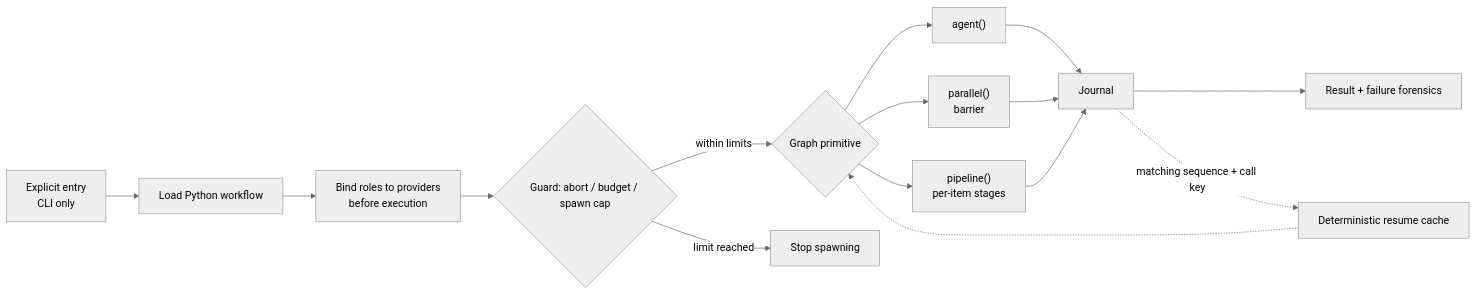
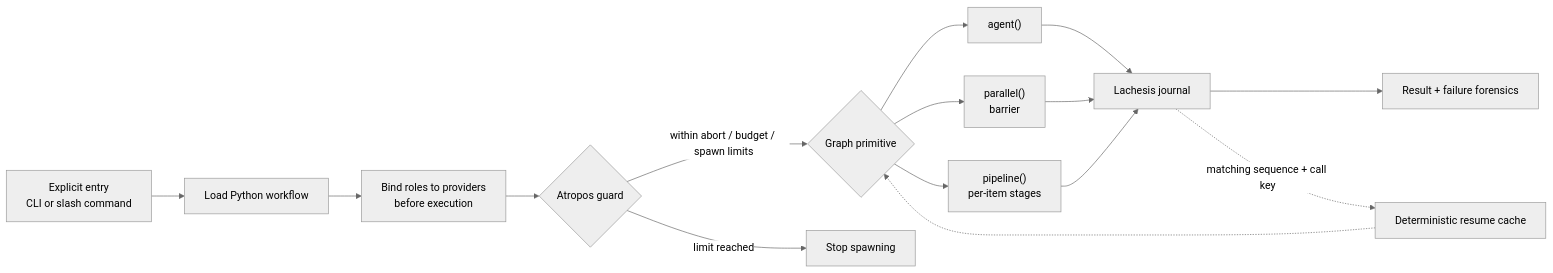
Before and after one commit to ashmoonori-afk/birkin: the diagram in README.md, drawn with Mermaid (neutral theme). The commit also changed other lines of this file and 5 other files, not shown here.

Commit message:
docs(readme): clarify bounded execution architecture

````diff
--- a/README.md
+++ b/README.md
@@ -99,17 +99,17 @@
 ```mermaid
 flowchart LR
-    E["Explicit entry<br/>CLI only"] --> S["Load Python workflow"]
+    E["Explicit entry<br/>CLI or slash command"] --> S["Load Python workflow"]
     S --> B["Bind roles to providers<br/>before execution"]
-    B --> G{"Guard: abort / budget / spawn cap"}
-    G -->|within limits| X{"Graph primitive"}
+    B --> G{"Atropos guard"}
+    G -->|within abort / budget / spawn limits| X{"Graph primitive"}
     G -->|limit reached| Z["Stop spawning"]
     X --> A["agent()"]
     X --> P["parallel()<br/>barrier"]
     X --> L["pipeline()<br/>per-item stages"]
-    A --> J["Journal"]
+    A --> J["Lachesis journal"]
     P --> J
     L --> J
     J --> O["Result + failure forensics"]
     J -. "matching sequence + call key" .-> R["Deterministic resume cache"]
     R -.-> X
 ```
````
